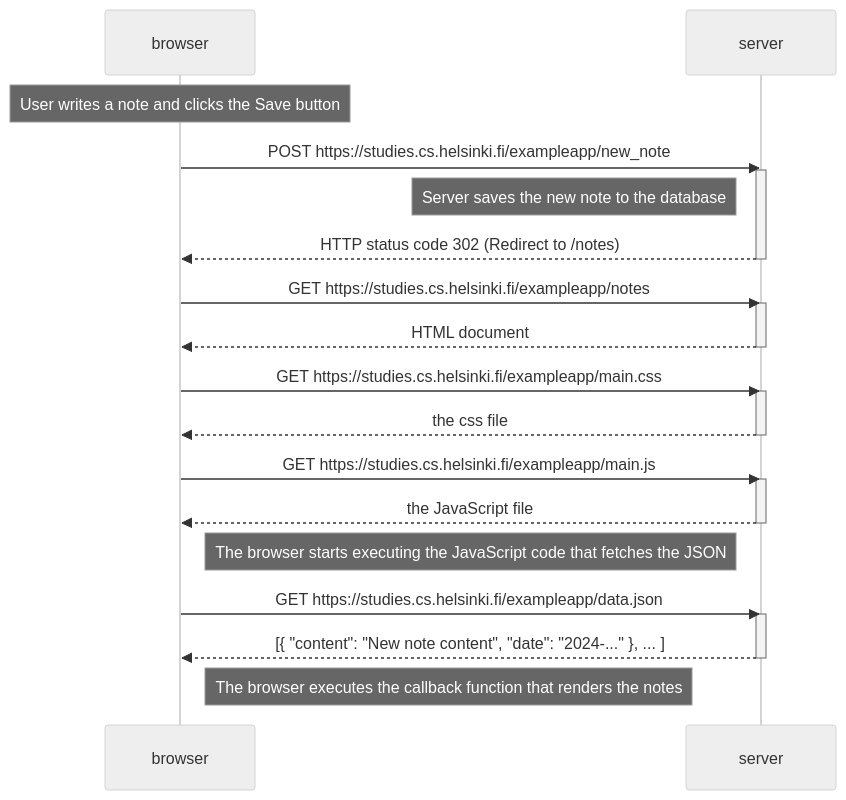
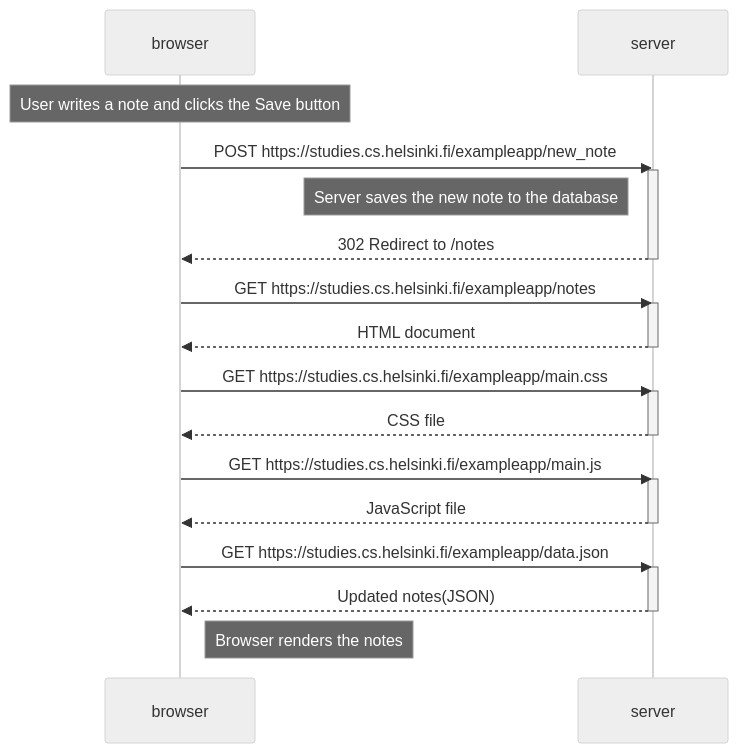
Before and after one commit to Anet456-tech/fullstackopen: the diagram in part0/0.4_New_note_diagram.md, drawn with Mermaid (neutral theme).

Commit message:
completed

````diff
--- a/part0/0.4_New_note_diagram.md
+++ b/part0/0.4_New_note_diagram.md
@@ -1,37 +1,35 @@
 ```mermaid
 sequenceDiagram
     participant browser
     participant server
 
     Note over browser: User writes a note and clicks the Save button
 
     browser->>server: POST https://studies.cs.helsinki.fi/exampleapp/new_note
     activate server
     Note left of server: Server saves the new note to the database
-    server-->>browser: HTTP status code 302 (Redirect to /notes)
+    server-->>browser: 302 Redirect to /notes
     deactivate server
 
     browser->>server: GET https://studies.cs.helsinki.fi/exampleapp/notes
     activate server
     server-->>browser: HTML document
     deactivate server
 
     browser->>server: GET https://studies.cs.helsinki.fi/exampleapp/main.css
     activate server
-    server-->>browser: the css file
+    server-->>browser: CSS file
     deactivate server
 
     browser->>server: GET https://studies.cs.helsinki.fi/exampleapp/main.js
     activate server
-    server-->>browser: the JavaScript file
+    server-->>browser: JavaScript file
     deactivate server
-
-    Note right of browser: The browser starts executing the JavaScript code that fetches the JSON
 
     browser->>server: GET https://studies.cs.helsinki.fi/exampleapp/data.json
     activate server
-    server-->>browser: [{ "content": "New note content", "date": "2024-..." }, ... ]
+    server-->>browser: Updated notes(JSON)
     deactivate server
 
-    Note right of browser: The browser executes the callback function that renders the notes
+    Note right of browser: Browser renders the notes
 ```
````
